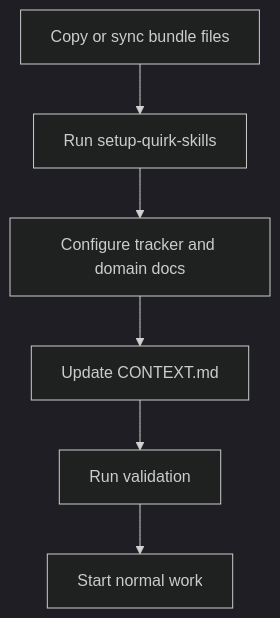
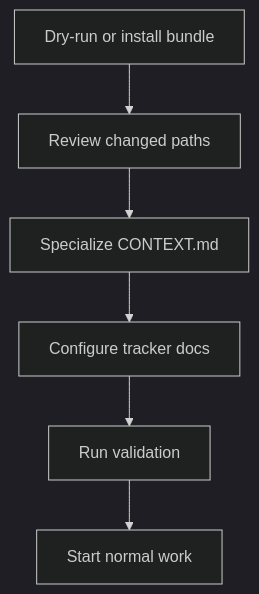
The first of 4 diagrams in docs/how-to/adoption.md (quantumquirkxyz/skills-quirk), drawn with Mermaid (dark theme) before and after one commit. The commit also changed other lines of this file and 4 other files, not shown here.

````diff
--- a/docs/how-to/adoption.md
+++ b/docs/how-to/adoption.md
@@ -7,8 +7,8 @@
 ```mermaid
 flowchart TD
-    A[Copy or sync bundle files] --> B[Run setup-quirk-skills]
-    B --> C[Configure tracker and domain docs]
-    C --> D[Update CONTEXT.md]
+    A[Dry-run or install bundle] --> B[Review changed paths]
+    B --> C[Specialize CONTEXT.md]
+    C --> D[Configure tracker docs]
     D --> E[Run validation]
     E --> F[Start normal work]
 ```
````
